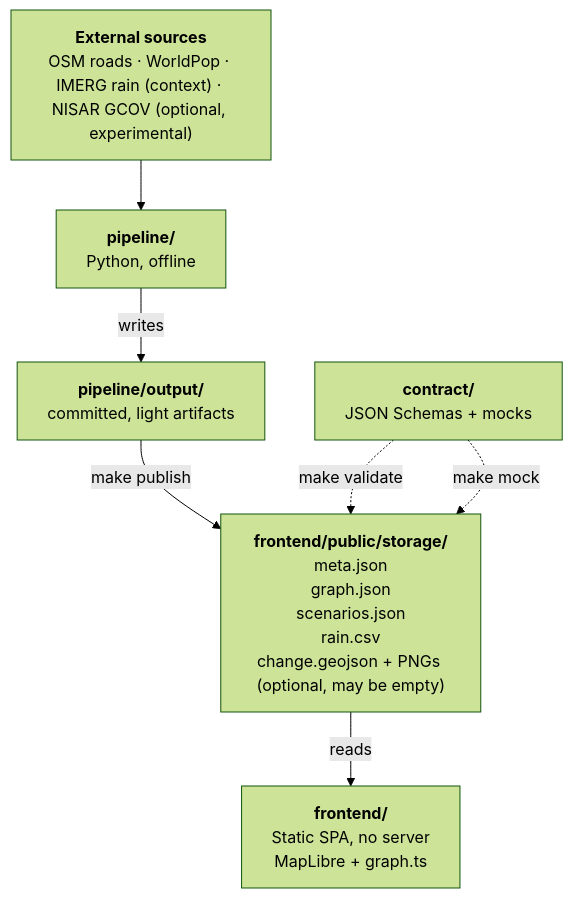
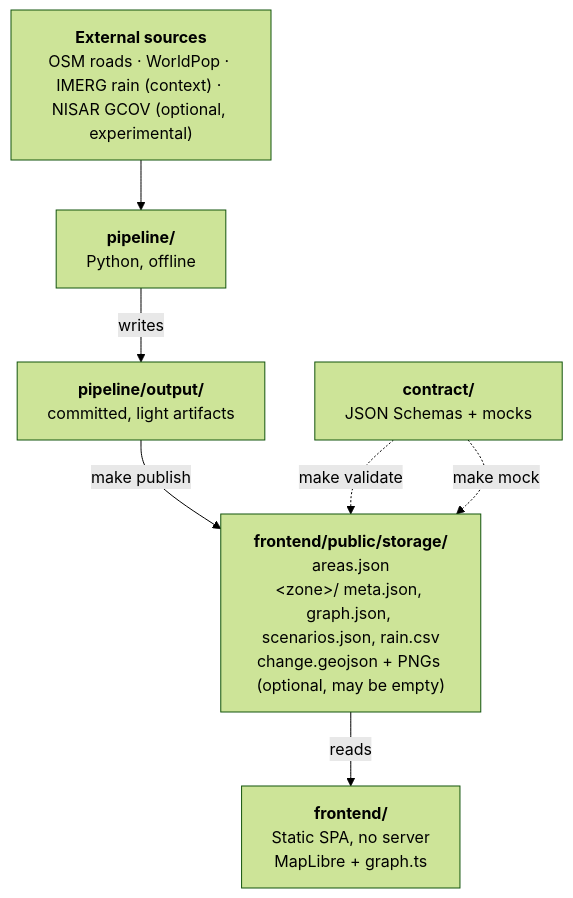
The diagram in context/structure.md (WGuillenDev/vantage), drawn with Mermaid (forest theme) before and after one commit. The commit also changed other lines of this file and 3 other files, not shown here.

````diff
--- a/context/structure.md
+++ b/context/structure.md
@@ -7,16 +7,16 @@
 ```mermaid
 flowchart TD
     src["<b>External sources</b><br/>OSM roads · WorldPop · IMERG rain (context) · NISAR GCOV (optional, experimental)"]
     pipe["<b>pipeline/</b><br/>Python, offline"]
     out["<b>pipeline/output/</b><br/>committed, light artifacts"]
-    data["<b>frontend/public/storage/</b><br/>meta.json<br/>graph.json<br/>scenarios.json<br/>rain.csv<br/>change.geojson + PNGs (optional, may be empty)"]
+    data["<b>frontend/public/storage/</b><br/>areas.json<br/>&lt;zone&gt;/ meta.json, graph.json, scenarios.json, rain.csv<br/>change.geojson + PNGs (optional, may be empty)"]
     spa["<b>frontend/</b><br/>Static SPA, no server<br/>MapLibre + graph.ts"]
     contract["<b>contract/</b><br/>JSON Schemas + mocks"]
 
     src --> pipe
     pipe -->|writes| out
     out -->|make publish| data
     data -->|reads| spa
     contract -. "make validate" .-> data
     contract -. "make mock" .-> data
 ```
````
